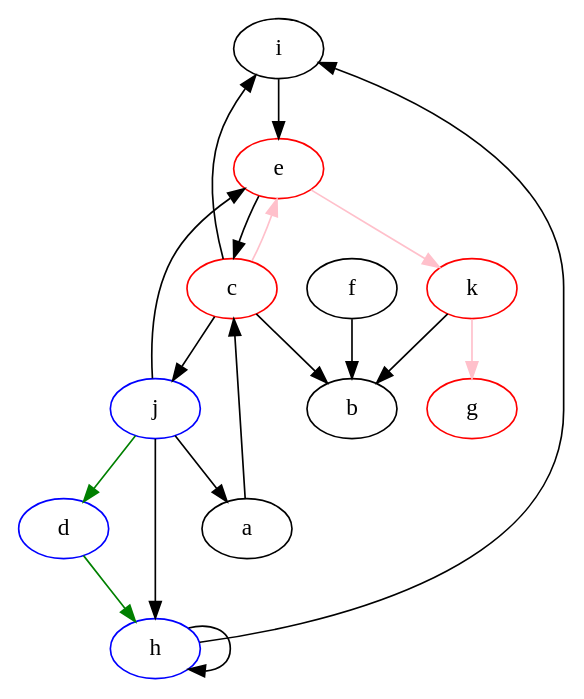
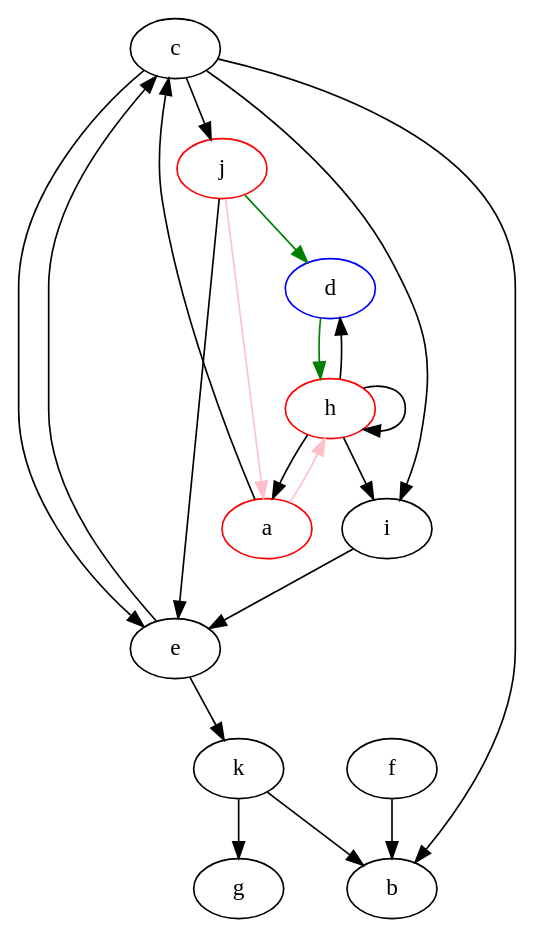
The diagram in mediumGraph.dot (itsJohnny21/CSE-464-2024-jsalaz59), drawn with Graphviz before and after one commit. The commit also changed 3 other files, not shown here.

```diff
--- a/mediumGraph.dot
+++ b/mediumGraph.dot
@@ -1,32 +1,34 @@
 digraph {
+	g [];
+	e [];
+	k [];
+	c [];
+	b [];
+	h [color="red"];
 	i [];
-	e [color="red"];
-	c [color="red"];
-	b [];
-	j [color="blue"];
+	d [color="blue"];
 	f [];
-	d [color="blue"];
-	h [color="blue"];
-	a [];
-	k [color="red"];
-	g [color="red"];
+	j [color="red"];
+	a [color="red"];
 
-	i -> e [];
+	e -> k [];
+	e -> c [];
+	k -> g [];
+	k -> b [];
+	h -> h [];
+	h -> i [];
+	d -> h [color="green"];
+	f -> b [];
+	h -> d [];
+	h -> a [];
 	c -> b [];
-	c -> e [color="pink"];
+	c -> e [];
 	c -> j [];
 	c -> i [];
-	f -> b [];
-	d -> h [color="green"];
-	h -> h [];
-	h -> i [];
-	a -> c [];
-	k -> g [color="pink"];
-	k -> b [];
-	e -> k [color="pink"];
-	e -> c [];
-	j -> a [];
+	j -> a [color="pink"];
 	j -> e [];
 	j -> d [color="green"];
-	j -> h [];
+	a -> c [];
+	a -> h [color="pink"];
+	i -> e [];
 }
```
